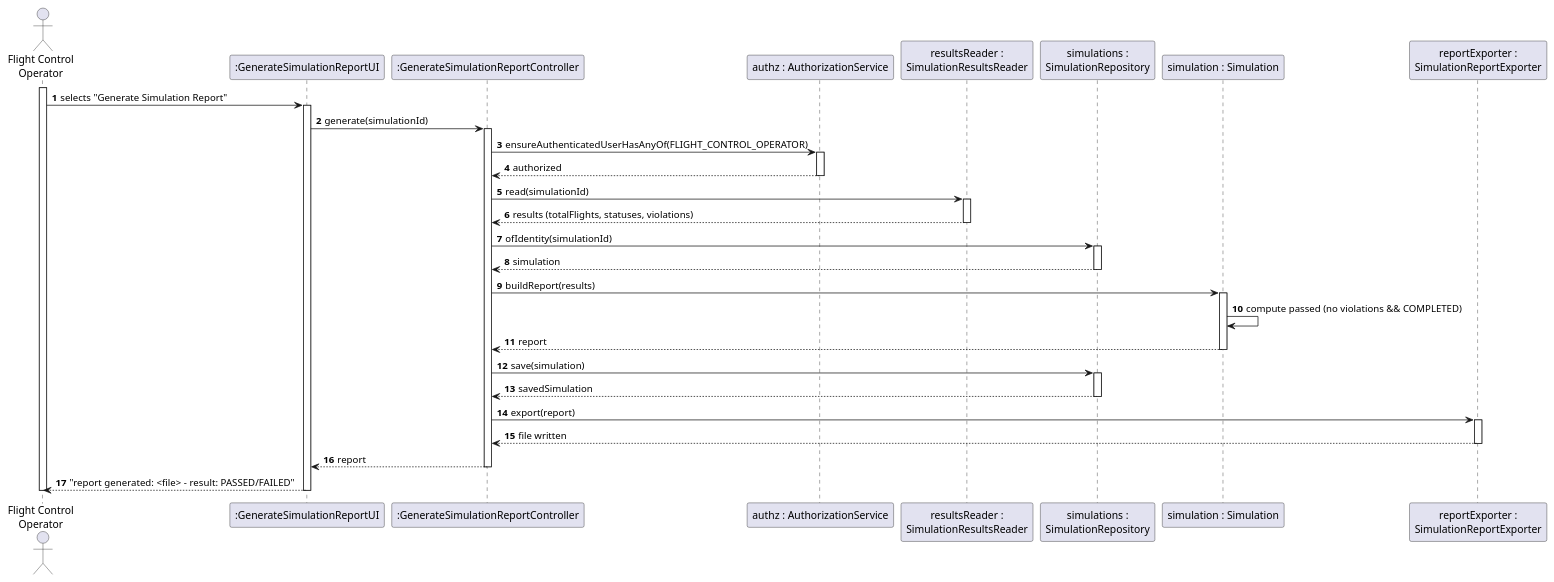
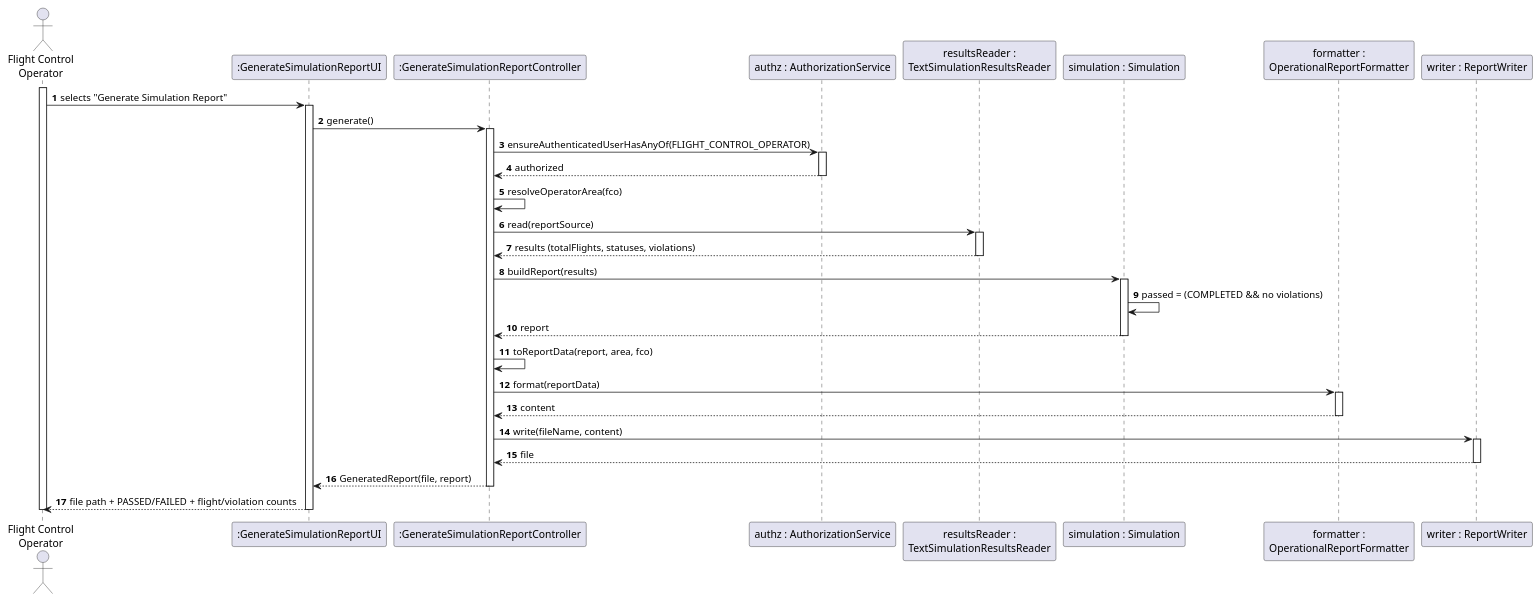
One commit to brunodspinto/aisafe changed the diagram in aisafe.base/docs/user-stories/us111/puml/US111-SD.puml. Above: the diagram before and after it, drawn with PlantUML. The commit also changed 4 other files, not shown here.

Commit message:
#56 feat: update principles and documentation for simulation report generation and framework reuse

```diff
--- a/aisafe.base/docs/user-stories/us111/puml/US111-SD.puml
+++ b/aisafe.base/docs/user-stories/us111/puml/US111-SD.puml
@@ -1,59 +1,58 @@
 @startuml sd111
 skinparam packageStyle rectangle
 skinparam shadowing false
 autonumber
 
 actor "Flight Control\nOperator" as FCO
 
 participant ":GenerateSimulationReportUI" as UI
 participant ":GenerateSimulationReportController" as CTRL
 participant "authz : AuthorizationService" as AUTH
-participant "resultsReader :\nSimulationResultsReader" as READER
-participant "simulations :\nSimulationRepository" as REPO
+participant "resultsReader :\nTextSimulationResultsReader" as READER
 participant "simulation : Simulation" as SIM
-participant "reportExporter :\nSimulationReportExporter" as EXP
+participant "formatter :\nOperationalReportFormatter" as FMT
+participant "writer : ReportWriter" as WRITER
 
 activate FCO
 FCO -> UI : selects "Generate Simulation Report"
 activate UI
-UI -> CTRL : generate(simulationId)
+UI -> CTRL : generate()
 activate CTRL
 
 CTRL -> AUTH : ensureAuthenticatedUserHasAnyOf(FLIGHT_CONTROL_OPERATOR)
 activate AUTH
 AUTH --> CTRL : authorized
 deactivate AUTH
 
-CTRL -> READER : read(simulationId)
+CTRL -> CTRL : resolveOperatorArea(fco)
+
+CTRL -> READER : read(reportSource)
 activate READER
 READER --> CTRL : results (totalFlights, statuses, violations)
 deactivate READER
 
-CTRL -> REPO : ofIdentity(simulationId)
-activate REPO
-REPO --> CTRL : simulation
-deactivate REPO
-
 CTRL -> SIM : buildReport(results)
 activate SIM
-SIM -> SIM : compute passed (no violations && COMPLETED)
+SIM -> SIM : passed = (COMPLETED && no violations)
 SIM --> CTRL : report
 deactivate SIM
 
-CTRL -> REPO : save(simulation)
-activate REPO
-REPO --> CTRL : savedSimulation
-deactivate REPO
+CTRL -> CTRL : toReportData(report, area, fco)
 
-CTRL -> EXP : export(report)
-activate EXP
-EXP --> CTRL : file written
-deactivate EXP
+CTRL -> FMT : format(reportData)
+activate FMT
+FMT --> CTRL : content
+deactivate FMT
 
-CTRL --> UI : report
+CTRL -> WRITER : write(fileName, content)
+activate WRITER
+WRITER --> CTRL : file
+deactivate WRITER
+
+CTRL --> UI : GeneratedReport(file, report)
 deactivate CTRL
-UI --> FCO : "report generated: <file> - result: PASSED/FAILED"
+UI --> FCO : file path + PASSED/FAILED + flight/violation counts
 deactivate UI
 deactivate FCO
 
 @enduml
```
